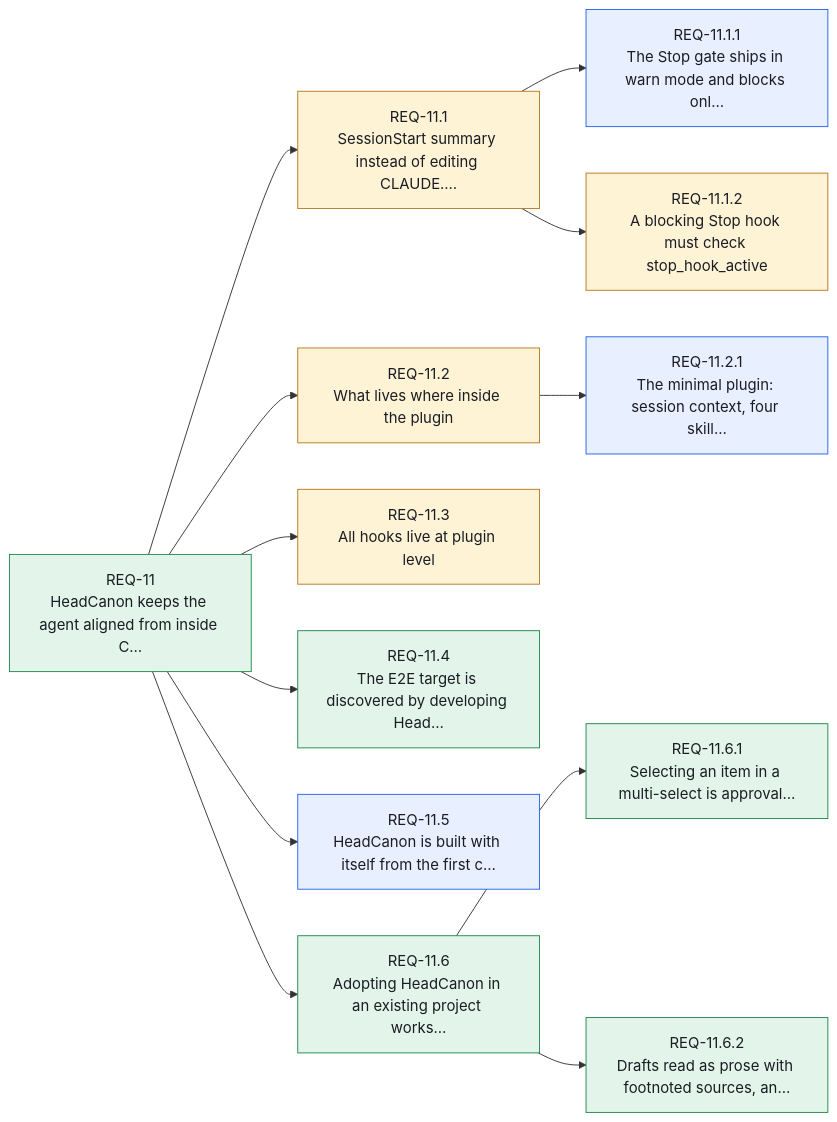
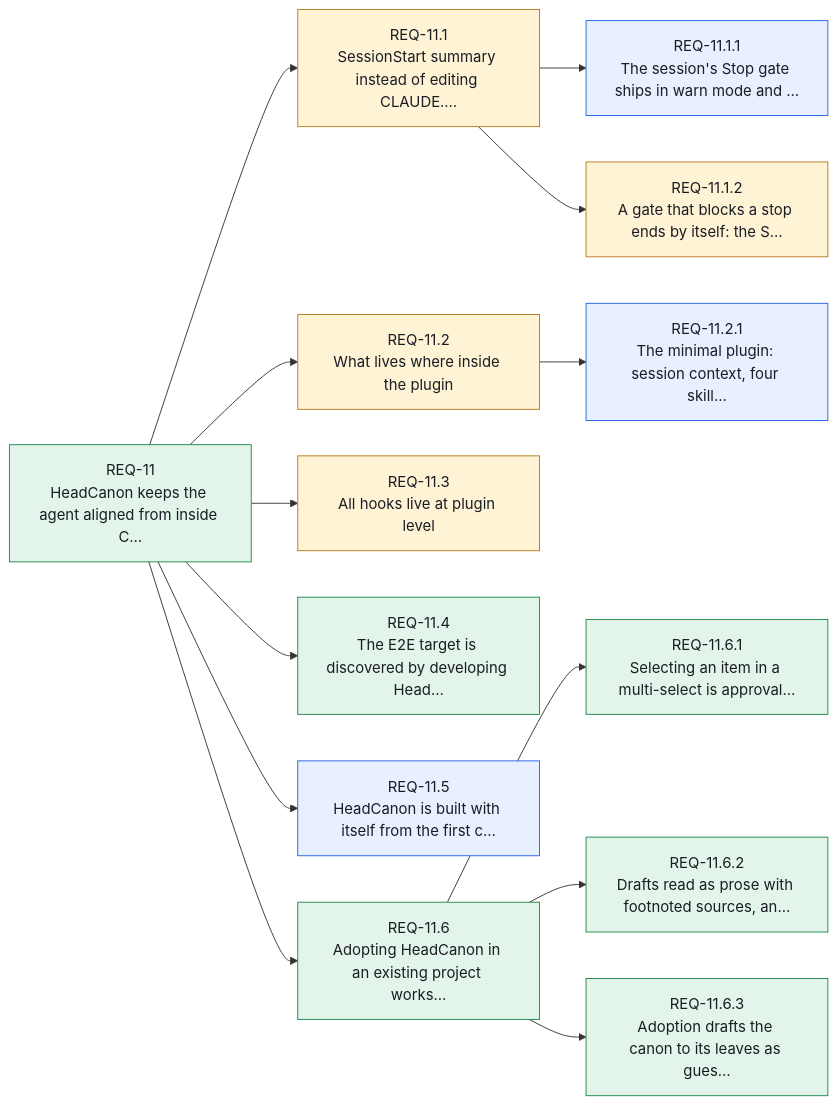
One commit to Althis/headcanon changed diagram 12 of 14 in canon/INDEX.md. Above: the diagram before and after it, drawn with Mermaid. The commit also changed other lines of this file and 149 other files, not shown here.

````diff
--- a/canon/INDEX.md
+++ b/canon/INDEX.md
@@ -527,31 +531,33 @@
 ```mermaid
 flowchart LR
     REQ_11["REQ-11<br/>HeadCanon keeps the agent aligned from inside C…"]:::stated
     REQ_11_1["REQ-11.1<br/>SessionStart summary instead of editing CLAUDE.…"]:::assumed
-    REQ_11_1_1["REQ-11.1.1<br/>The Stop gate ships in warn mode and blocks onl…"]:::resolved
-    REQ_11_1_2["REQ-11.1.2<br/>A blocking Stop hook must check stop_hook_active"]:::assumed
+    REQ_11_1_1["REQ-11.1.1<br/>The session's Stop gate ships in warn mode and …"]:::resolved
+    REQ_11_1_2["REQ-11.1.2<br/>A gate that blocks a stop ends by itself: the S…"]:::assumed
     REQ_11_2["REQ-11.2<br/>What lives where inside the plugin"]:::assumed
     REQ_11_2_1["REQ-11.2.1<br/>The minimal plugin: session context, four skill…"]:::resolved
     REQ_11_3["REQ-11.3<br/>All hooks live at plugin level"]:::assumed
     REQ_11_4["REQ-11.4<br/>The E2E target is discovered by developing Head…"]:::stated
     REQ_11_5["REQ-11.5<br/>HeadCanon is built with itself from the first c…"]:::resolved
     REQ_11_6["REQ-11.6<br/>Adopting HeadCanon in an existing project works…"]:::stated
     REQ_11_6_1["REQ-11.6.1<br/>Selecting an item in a multi-select is approval…"]:::stated
     REQ_11_6_2["REQ-11.6.2<br/>Drafts read as prose with footnoted sources, an…"]:::stated
+    REQ_11_6_3["REQ-11.6.3<br/>Adoption drafts the canon to its leaves as gues…"]:::stated
     REQ_11 --> REQ_11_1
     REQ_11_1 --> REQ_11_1_1
     REQ_11_1 --> REQ_11_1_2
     REQ_11 --> REQ_11_2
     REQ_11_2 --> REQ_11_2_1
     REQ_11 --> REQ_11_3
     REQ_11 --> REQ_11_4
     REQ_11 --> REQ_11_5
     REQ_11 --> REQ_11_6
     REQ_11_6 --> REQ_11_6_1
     REQ_11_6 --> REQ_11_6_2
+    REQ_11_6 --> REQ_11_6_3
     classDef stated fill:#e3f5ea,stroke:#1f8a4c,color:#1a1d23
     classDef resolved fill:#e8efff,stroke:#2563eb,color:#1a1d23
     classDef assumed fill:#fff3d6,stroke:#b7791f,color:#1a1d23
-    classDef open fill:#ece9fb,stroke:#6b5bd2,color:#1a1d23
+    classDef draft fill:#ece9fb,stroke:#6b5bd2,color:#1a1d23
     classDef contested fill:#fde7e8,stroke:#d13438,color:#1a1d23
 ```
````
